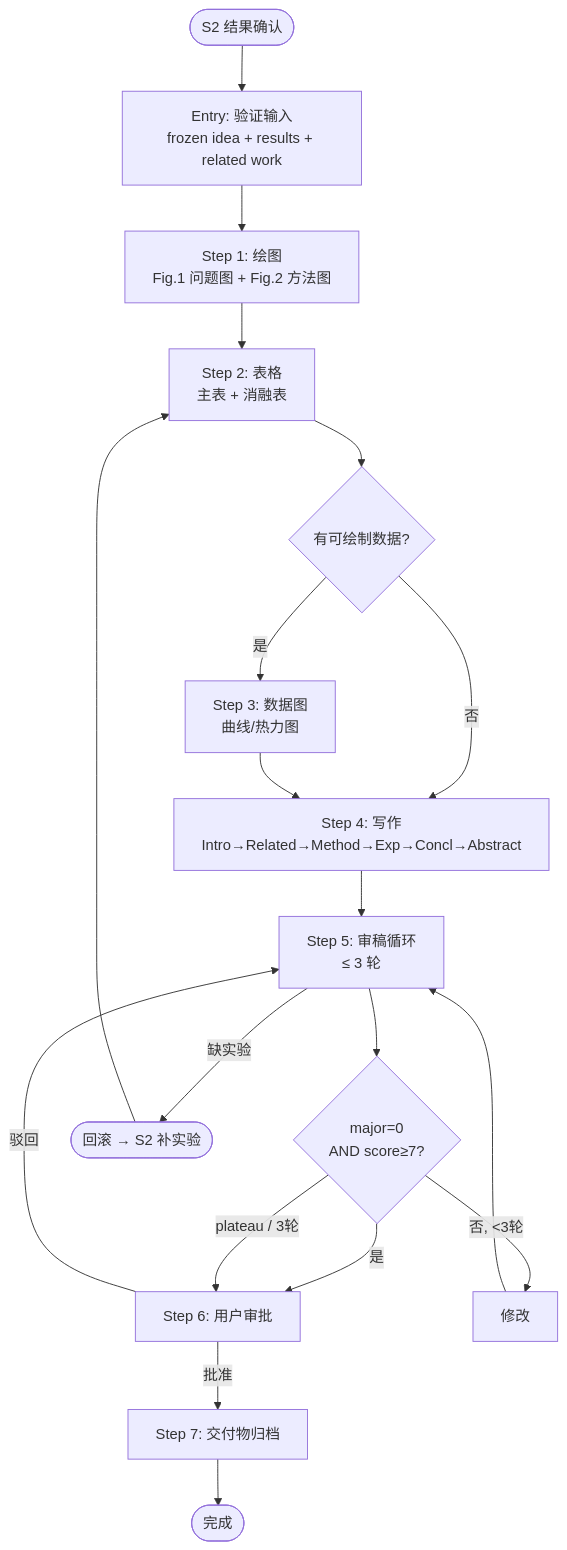
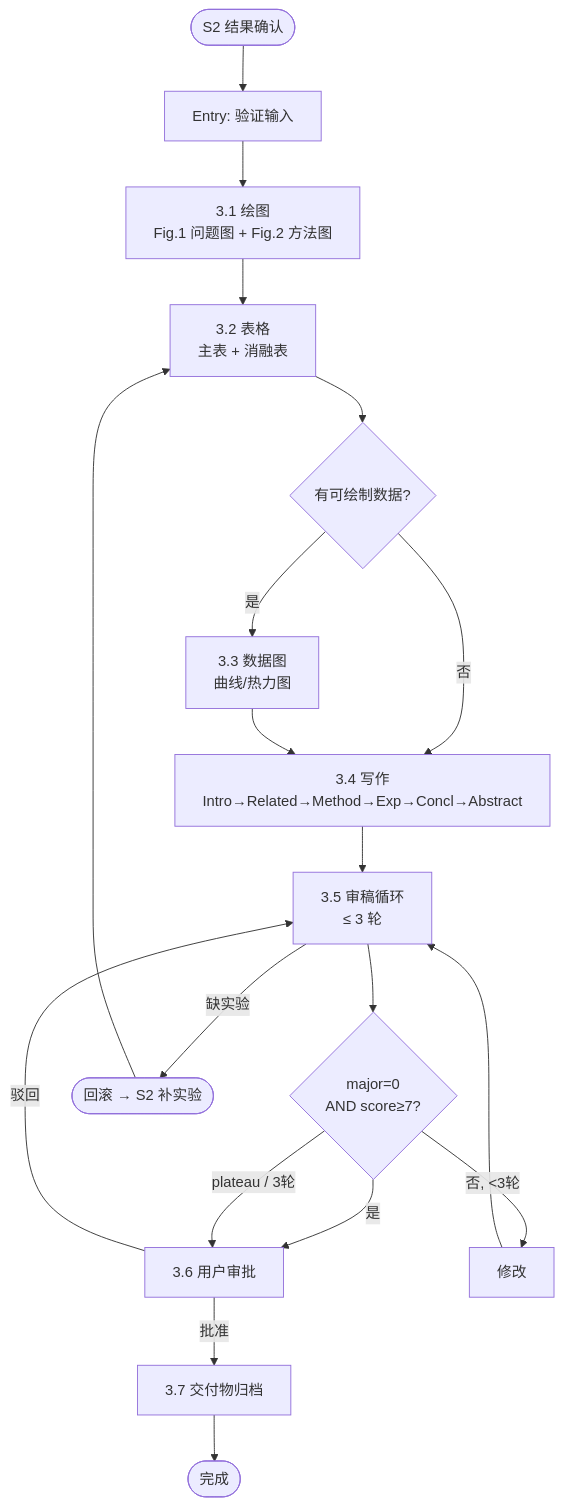
The diagram in auto-research-s3-flow/SKILL.md (JZAO20L/nano-auto-research), drawn with Mermaid before and after one commit. The commit also changed other lines of this file, not shown here.

Commit message:
style: S3-flow unify step numbering to 3.x format

````diff
--- a/auto-research-s3-flow/SKILL.md
+++ b/auto-research-s3-flow/SKILL.md
@@ -12,21 +12,21 @@
 ```mermaid
 flowchart TD
-    START([S2 结果确认]) --> ENTRY[Entry: 验证输入<br/>frozen idea + results + related work]
-    ENTRY --> FIG[Step 1: 绘图<br/>Fig.1 问题图 + Fig.2 方法图]
-    FIG --> TAB[Step 2: 表格<br/>主表 + 消融表]
+    START([S2 结果确认]) --> ENTRY[Entry: 验证输入]
+    ENTRY --> FIG[3.1 绘图<br/>Fig.1 问题图 + Fig.2 方法图]
+    FIG --> TAB[3.2 表格<br/>主表 + 消融表]
     TAB --> PLOT{有可绘制数据?}
-    PLOT -->|是| PLOTGEN[Step 3: 数据图<br/>曲线/热力图]
+    PLOT -->|是| PLOTGEN[3.3 数据图<br/>曲线/热力图]
     PLOT -->|否| WRITE
-    PLOTGEN --> WRITE[Step 4: 写作<br/>Intro→Related→Method→Exp→Concl→Abstract]
-    WRITE --> REVIEW[Step 5: 审稿循环<br/>≤ 3 轮]
+    PLOTGEN --> WRITE[3.4 写作<br/>Intro→Related→Method→Exp→Concl→Abstract]
+    WRITE --> REVIEW[3.5 审稿循环<br/>≤ 3 轮]
     REVIEW --> CHECK{major=0<br/>AND score≥7?}
-    CHECK -->|是| GATE[Step 6: 用户审批]
+    CHECK -->|是| GATE[3.6 用户审批]
     CHECK -->|否, <3轮| REVISE[修改]
     REVISE --> REVIEW
     CHECK -->| plateau / 3轮| GATE
     REVIEW -->|缺实验| ROLLBACK([回滚 → S2 补实验])
     ROLLBACK --> TAB
-    GATE -->|批准| FINAL[Step 7: 交付物归档]
+    GATE -->|批准| FINAL[3.7 交付物归档]
     GATE -->|驳回| REVIEW
     FINAL --> DONE([完成])
 ```
````
